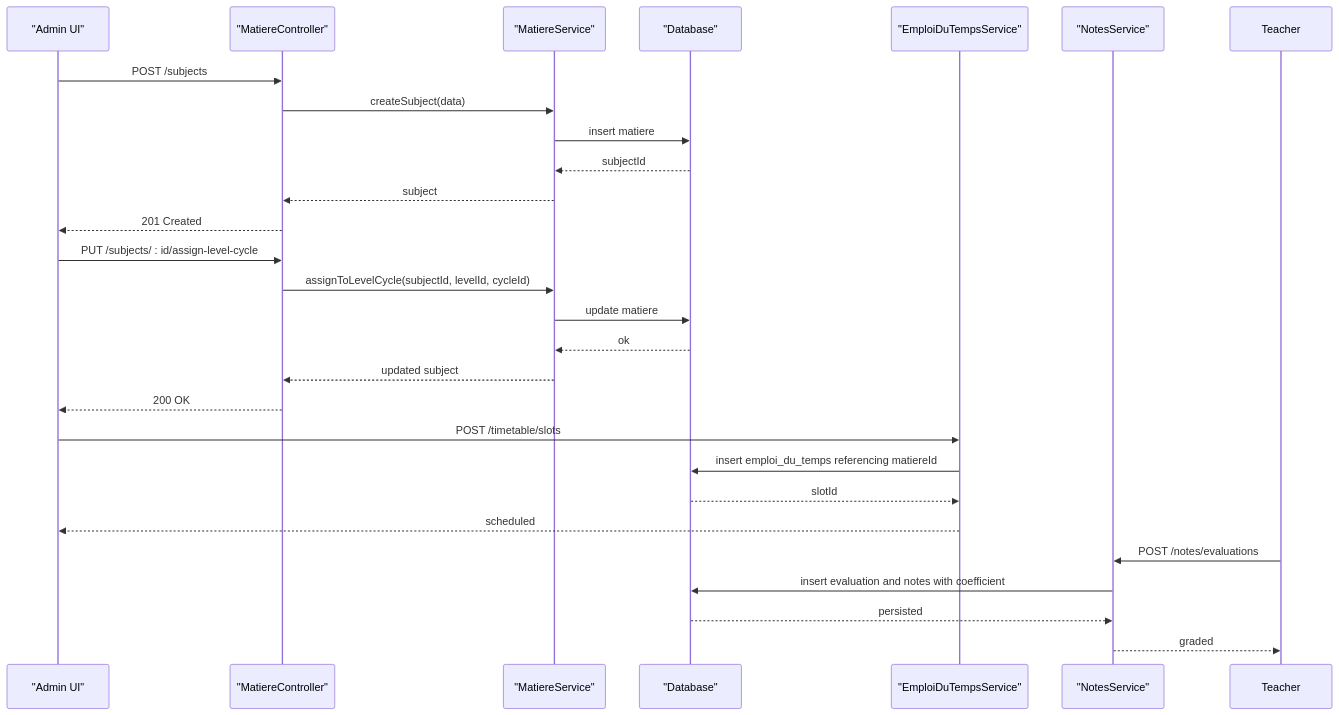
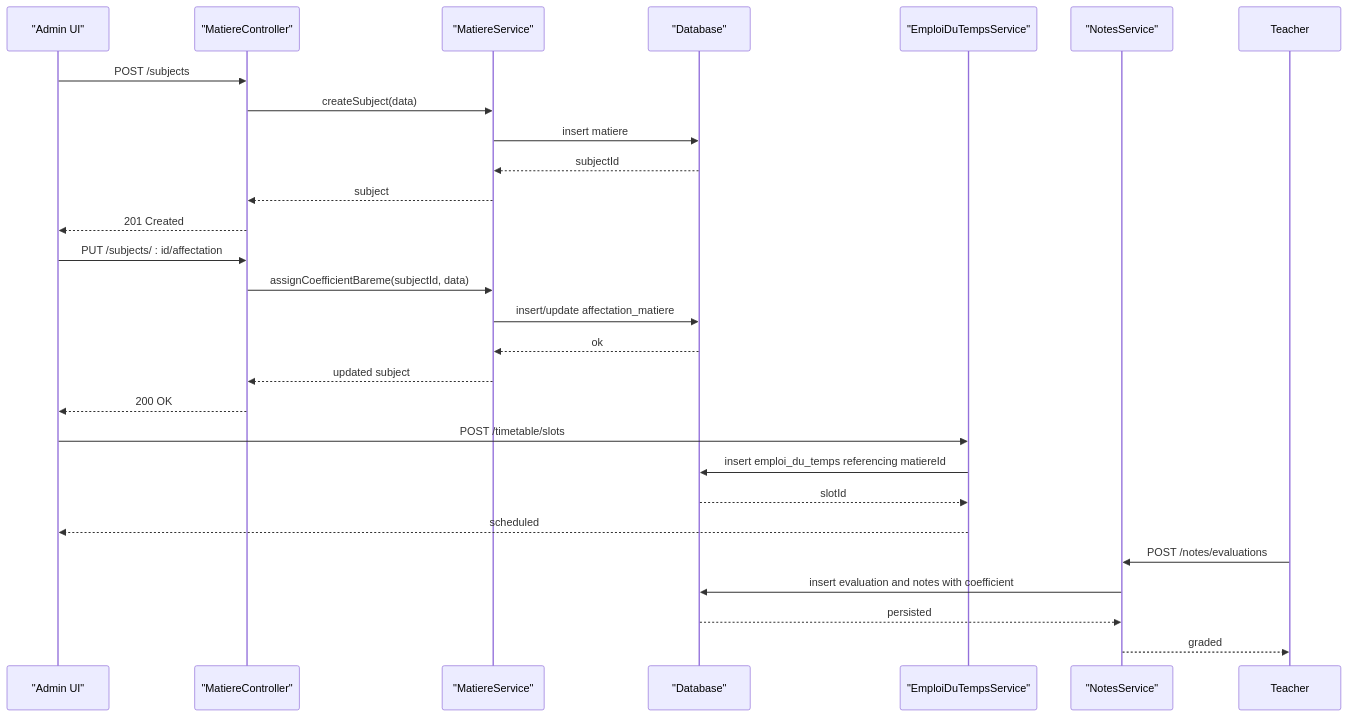
Before and after one commit to franckylab/eLISAschool: the third of 7 diagrams in .qoder/repowiki/en/content/Academic Management System/Class & Schedule Management/Subject & Curriculum Management.md, drawn with Mermaid. The commit also changed other lines of this file and 455 other files, not shown here.

````diff
--- a/.qoder/repowiki/en/content/Academic Management System/Class & Schedule Management/Subject & Curriculum Management.md
+++ b/.qoder/repowiki/en/content/Academic Management System/Class & Schedule Management/Subject & Curriculum Management.md
@@ -197,29 +217,29 @@
 ```mermaid
 sequenceDiagram
 participant Admin as "Admin UI"
 participant MatCtrl as "MatiereController"
 participant MatSvc as "MatiereService"
 participant DB as "Database"
 participant Timetable as "EmploiDuTempsService"
 participant Notes as "NotesService"
 Admin->>MatCtrl : POST /subjects
 MatCtrl->>MatSvc : createSubject(data)
 MatSvc->>DB : insert matiere
 DB-->>MatSvc : subjectId
 MatSvc-->>MatCtrl : subject
 MatCtrl-->>Admin : 201 Created
-Admin->>MatCtrl : PUT /subjects/ : id/assign-level-cycle
-MatCtrl->>MatSvc : assignToLevelCycle(subjectId, levelId, cycleId)
-MatSvc->>DB : update matiere
+Admin->>MatCtrl : PUT /subjects/ : id/affectation
+MatCtrl->>MatSvc : assignCoefficientBareme(subjectId, data)
+MatSvc->>DB : insert/update affectation_matiere
 DB-->>MatSvc : ok
 MatSvc-->>MatCtrl : updated subject
 MatCtrl-->>Admin : 200 OK
 Admin->>Timetable : POST /timetable/slots
 Timetable->>DB : insert emploi_du_temps referencing matiereId
 DB-->>Timetable : slotId
 Timetable-->>Admin : scheduled
 Teacher->>Notes : POST /notes/evaluations
 Notes->>DB : insert evaluation and notes with coefficient
 DB-->>Notes : persisted
 Notes-->>Teacher : graded
 ```
````
